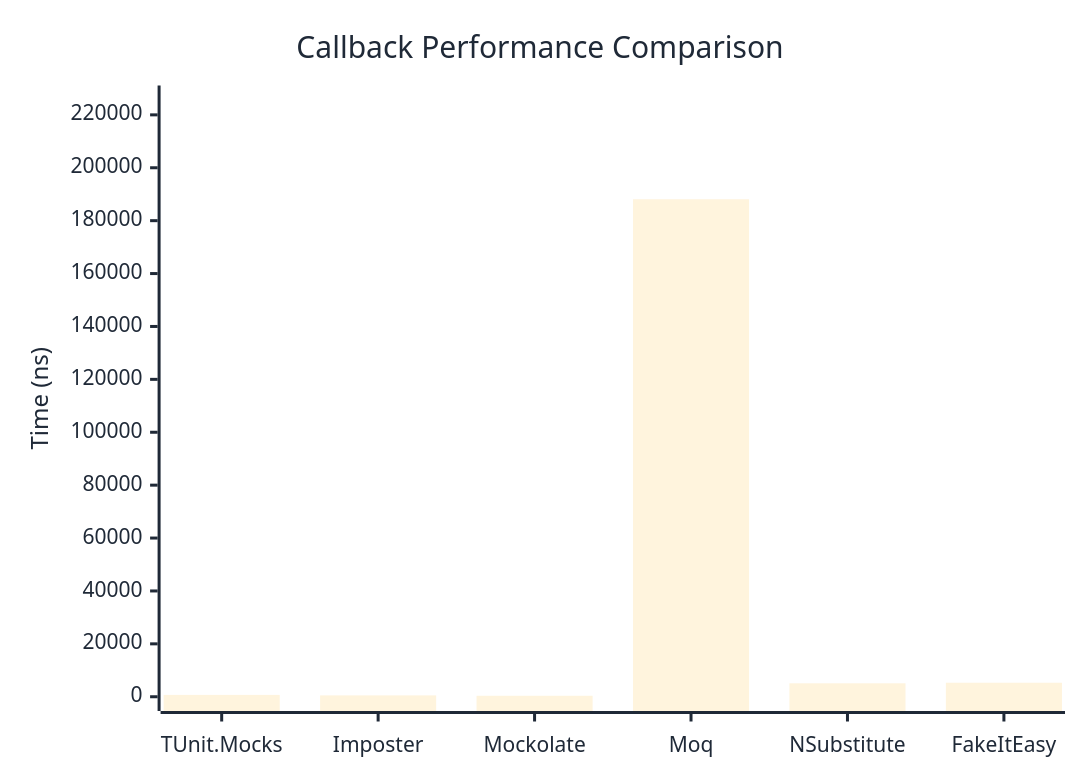
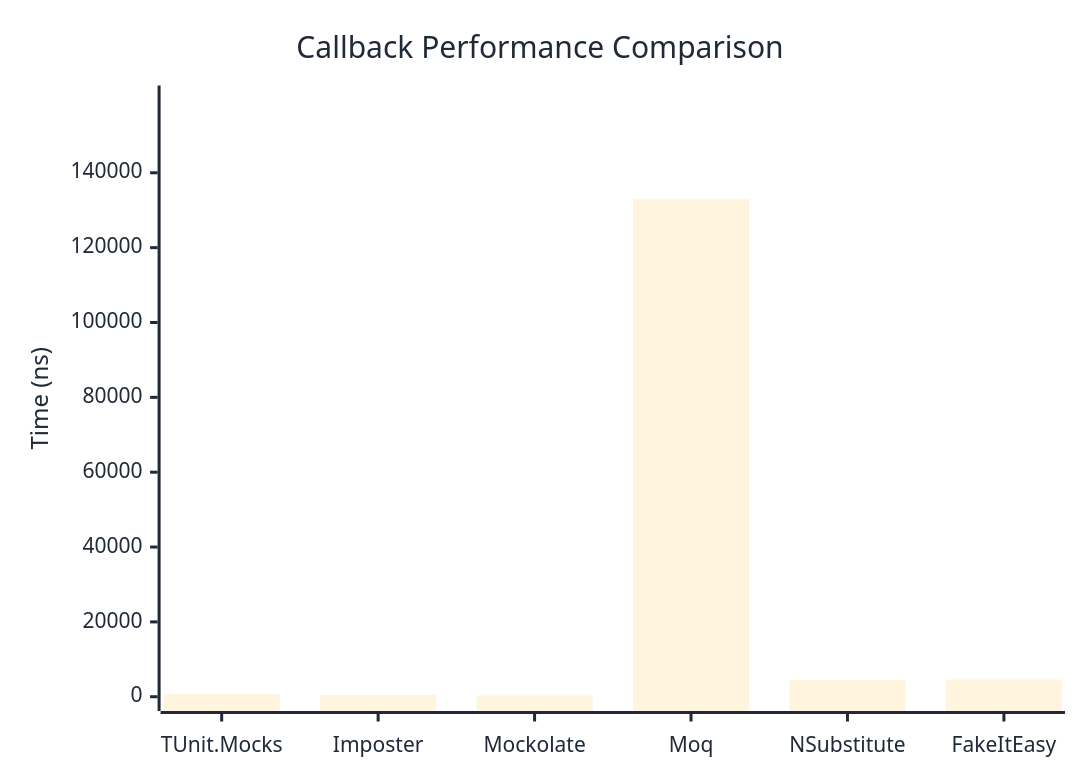
One commit to thomhurst/TUnit changed the first of 2 diagrams in docs/docs/benchmarks/mocks/Callback.md. Above: the diagram before and after it, drawn with Mermaid. The commit also changed other lines of this file and 14 other files, not shown here.

````diff
--- a/docs/docs/benchmarks/mocks/Callback.md
+++ b/docs/docs/benchmarks/mocks/Callback.md
@@ -30,27 +30,27 @@
 ```mermaid
 %%{init: {
   'theme':'base',
   'themeVariables': {
     'primaryColor': '#2563eb',
     'primaryTextColor': '#1f2937',
     'primaryBorderColor': '#1e40af',
     'lineColor': '#6b7280',
     'secondaryColor': '#7c3aed',
     'tertiaryColor': '#dc2626',
     'background': '#ffffff',
     'pie1': '#2563eb',
     'pie2': '#7c3aed',
     'pie3': '#dc2626',
     'pie4': '#f59e0b',
     'pie5': '#10b981',
     'pie6': '#06b6d4',
     'pie7': '#ec4899',
     'pie8': '#6366f1'
   }
 }}%%
 xychart-beta
   title "Callback Performance Comparison"
   x-axis ["TUnit.Mocks", "Imposter", "Mockolate", "Moq", "NSubstitute", "FakeItEasy"]
-  y-axis "Time (ns)" 0 --> 225714
-  bar [697.1, 511.6, 374.1, 188094.5, 5088.5, 5295.8]
+  y-axis "Time (ns)" 0 --> 159516
+  bar [683.7, 458.5, 339.7, 132929.9, 4507.2, 4596.7]
 ```
````
